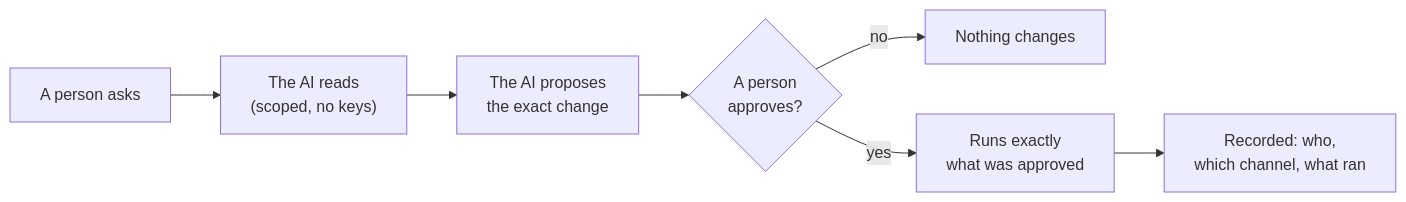
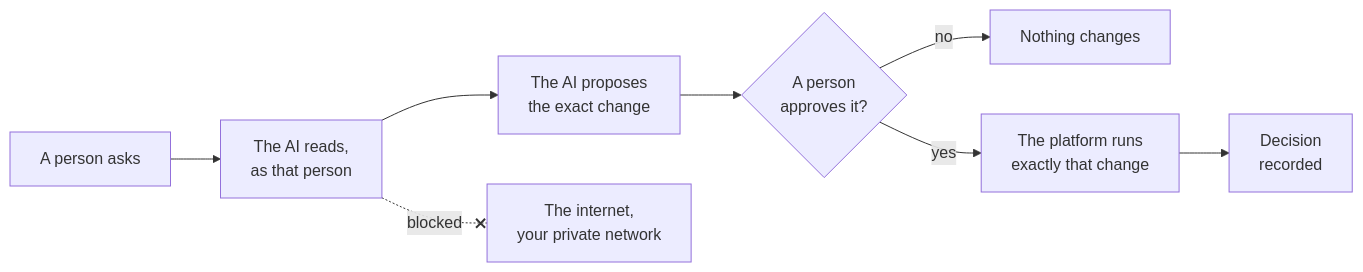
Before and after one commit to gaezla/zero-trust-ai-operations: the diagram in README.md, drawn with Mermaid. The commit also changed other lines of this file and 14 other files, not shown here.

````diff
--- a/README.md
+++ b/README.md
@@ -74,9 +42,10 @@
 ```mermaid
 flowchart LR
-    ask["A person asks"] --> read["The AI reads<br/>(scoped, no keys)"]
+    ask["A person asks"] --> read["The AI reads,<br/>as that person"]
     read --> propose["The AI proposes<br/>the exact change"]
-    propose --> gate{"A person<br/>approves?"}
+    propose --> gate{"A person<br/>approves it?"}
     gate -- "no" --> stop["Nothing changes"]
-    gate -- "yes" --> run["Runs exactly<br/>what was approved"]
-    run --> record["Recorded: who,<br/>which channel, what ran"]
+    gate -- "yes" --> run["The platform runs<br/>exactly that change"]
+    run --> record["Decision<br/>recorded"]
+    read -. "blocked" .-x out["The internet,<br/>your private network"]
 ```
````
